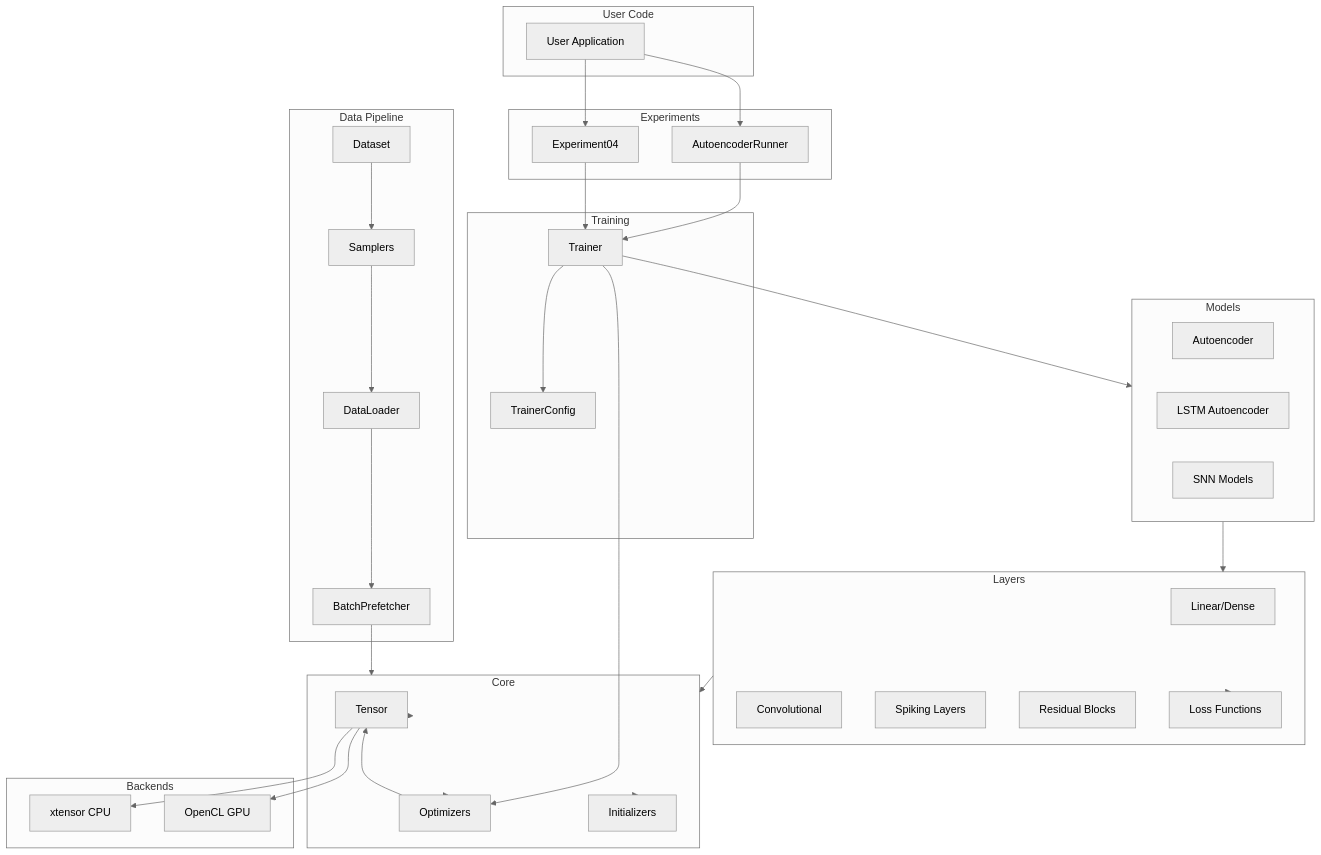
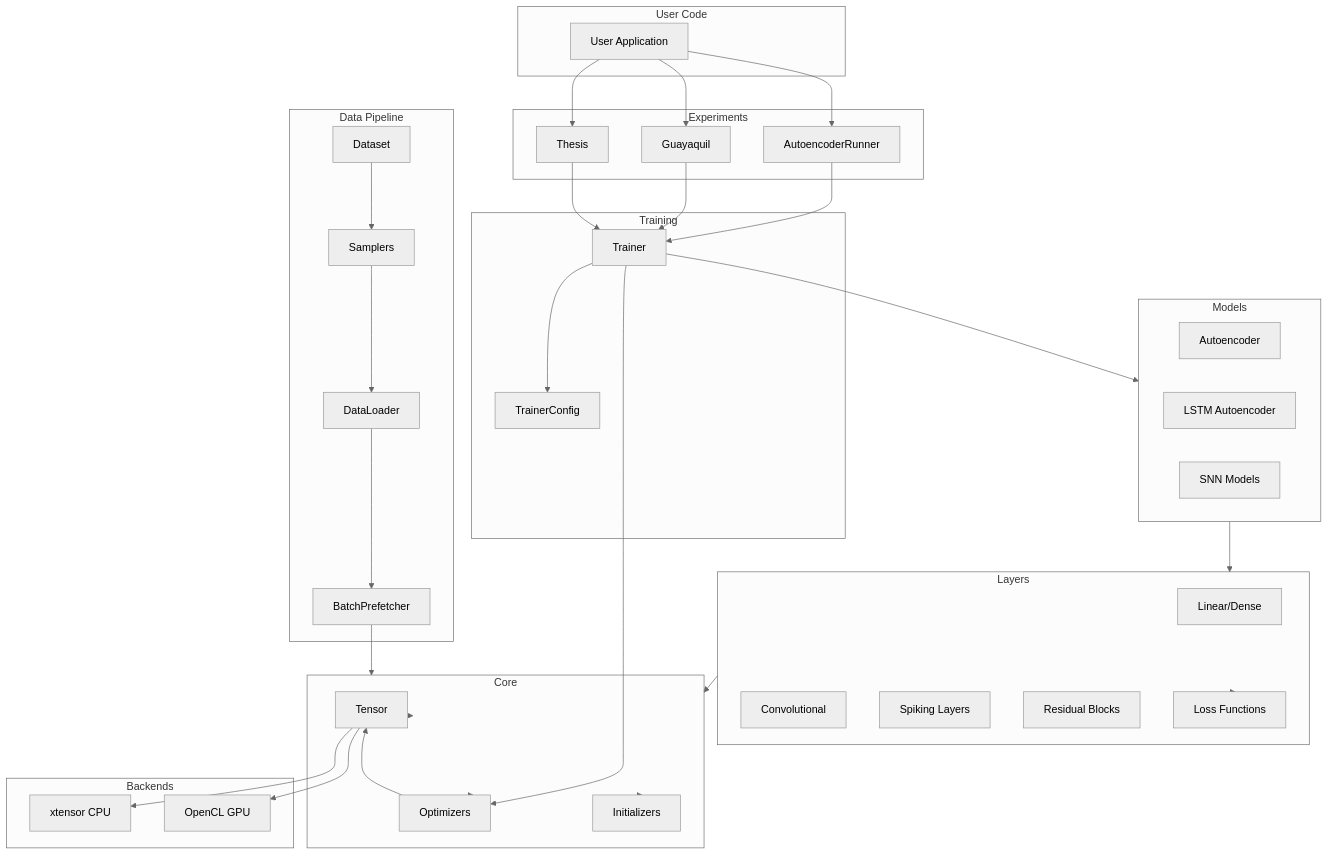
The first of 3 diagrams in software/nn/.wiki/Architecture.md (ensismoebius/doutorado), drawn with Mermaid (neutral theme) before and after one commit. The commit also changed other lines of this file and 34 other files, not shown here.

````diff
--- a/software/nn/.wiki/Architecture.md
+++ b/software/nn/.wiki/Architecture.md
@@ -17,75 +17,78 @@
 ```mermaid
 flowchart TB
     subgraph "User Code"
         User[User Application]
     end
 
     subgraph "Experiments"
         Exp03[AutoencoderRunner]
-        Exp04[Experiment04]
+        Exp04[Guayaquil]
+        Exp05[Thesis]
     end
 
     subgraph "Training"
         Trainer[Trainer]
         Config[TrainerConfig]
     end
 
     subgraph "Models"
         AE[Autoencoder]
         LSTM[LSTM Autoencoder]
         SNN[SNN Models]
     end
 
     subgraph "Layers"
         Linear[Linear/Dense]
         Conv[Convolutional]
         Spiking[Spiking Layers]
         Residual[Residual Blocks]
         Loss[Loss Functions]
     end
 
     subgraph "Core"
         Tensor[Tensor]
         Optim[Optimizers]
         Init[Initializers]
     end
 
     subgraph "Data Pipeline"
         Dataset[Dataset]
         Sampler[Samplers]
         Loader[DataLoader]
         Prefetch[BatchPrefetcher]
     end
 
     subgraph "Backends"
         xtensor[xtensor CPU]
         OpenCL[OpenCL GPU]
     end
 
     User --> Exp03
     User --> Exp04
+    User --> Exp05
 
     Exp03 --> Trainer
     Exp04 --> Trainer
+    Exp05 --> Trainer
 
     Trainer --> Config
     Trainer --> Models
     Trainer --> Optim
 
     Models --> Layers
     Layers --> Core
     Layers --> Loss
 
     Core --> Tensor
     Core --> Optim
     Core --> Init
 
     Dataset --> Sampler
     Sampler --> Loader
     Loader --> Prefetch
     Prefetch --> Core
 
     Tensor --> xtensor
     Tensor --> OpenCL
     Optim --> Tensor
 ```
````
